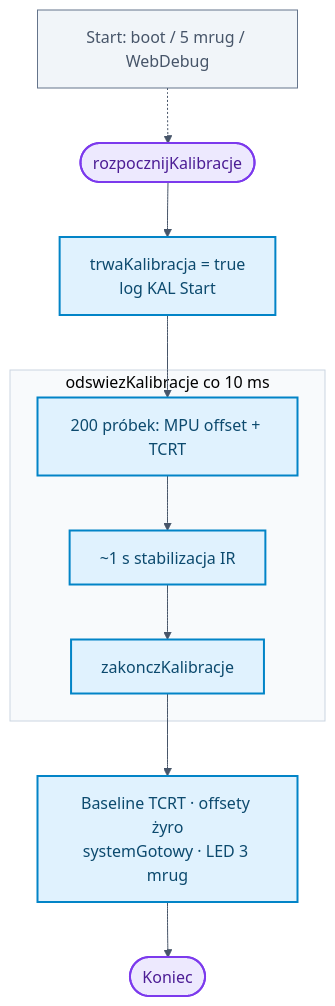
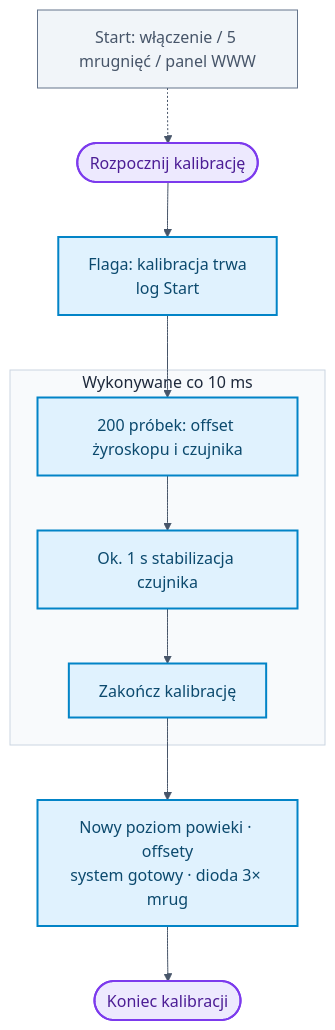
Before and after one commit to bartkadres-ai/HEFAS-4.0: the sixth of 10 diagrams in README.md, drawn with Mermaid. The commit also changed other lines of this file, not shown here.

````diff
--- a/README.md
+++ b/README.md
@@ -480,24 +480,24 @@
 ```mermaid
-%%{init: {'theme':'base','themeVariables':{'background':'#ffffff','mainBkg':'#ffffff','primaryColor':'#ffffff','primaryTextColor':'#1e293b','primaryBorderColor':'#64748b','lineColor':'#475569','clusterBkg':'#f8fafc','clusterBorder':'#cbd5e1','edgeLabelBackground':'#ffffff'},'flowchart':{'curve':'basis','nodeSpacing':35,'rankSpacing':55}}}%%
+%%{init: {"theme":"base","themeVariables":{"background":"#ffffff","mainBkg":"#ffffff","secondaryColor":"#ffffff","tertiaryColor":"#ffffff","primaryColor":"#ffffff","primaryTextColor":"#1e293b","secondaryTextColor":"#1e293b","tertiaryTextColor":"#1e293b","primaryBorderColor":"#64748b","lineColor":"#475569","clusterBkg":"#f8fafc","clusterBorder":"#cbd5e1","edgeLabelBackground":"#ffffff","textColor":"#1e293b","noteBkgColor":"#f8fafc","noteTextColor":"#475569"},"themeCSS":".mermaid,.mermaid svg{background-color:#ffffff!important;padding:8px}.nodeLabel,.edgeLabel,.label,.cluster-label{color:#1e293b!important}.cluster rect{fill:#f8fafc!important;stroke:#cbd5e1!important}","flowchart":{"curve":"basis","nodeSpacing":35,"rankSpacing":55}}}%%
 flowchart TD
-    KTRIG["Start: boot / 5 mrug / WebDebug"] -.-> K0
-    K0([rozpocznijKalibracje]) --> K1["trwaKalibracja = true<br/>log KAL Start"]
+    KTRIG["Start: włączenie / 5 mrugnięć / panel WWW"] -.-> K0
+    K0([Rozpocznij kalibrację]) --> K1["Flaga: kalibracja trwa<br/>log Start"]
     K1 --> T1
 
-    subgraph TICK["odswiezKalibracje co 10 ms"]
-        T1["200 próbek: MPU offset + TCRT"]
-        T2["~1 s stabilizacja IR"]
-        T3[zakonczKalibracje]
+    subgraph TICK["Wykonywane co 10 ms"]
+        T1["200 próbek: offset żyroskopu i czujnika"]
+        T2["Ok. 1 s stabilizacja czujnika"]
+        T3[Zakończ kalibrację]
         T1 --> T2 --> T3
     end
 
-    T3 --> K4["Baseline TCRT · offsety żyro<br/>systemGotowy · LED 3 mrug"]
-    K4 --> KON([Koniec])
+    T3 --> K4["Nowy poziom powieki · offsety<br/>system gotowy · dioda 3× mrug"]
+    K4 --> KON([Koniec kalibracji])
 
     classDef startEnd fill:#ede9fe,stroke:#7c3aed,stroke-width:2px,color:#4c1d95
     classDef process fill:#e0f2fe,stroke:#0284c7,stroke-width:2px,color:#0c4a6e
     classDef trigger fill:#f1f5f9,stroke:#64748b,stroke-width:1px,color:#475569
     class K0,KON startEnd
     class K1,T1,T2,T3,K4 process
     class KTRIG trigger
 ```
````
